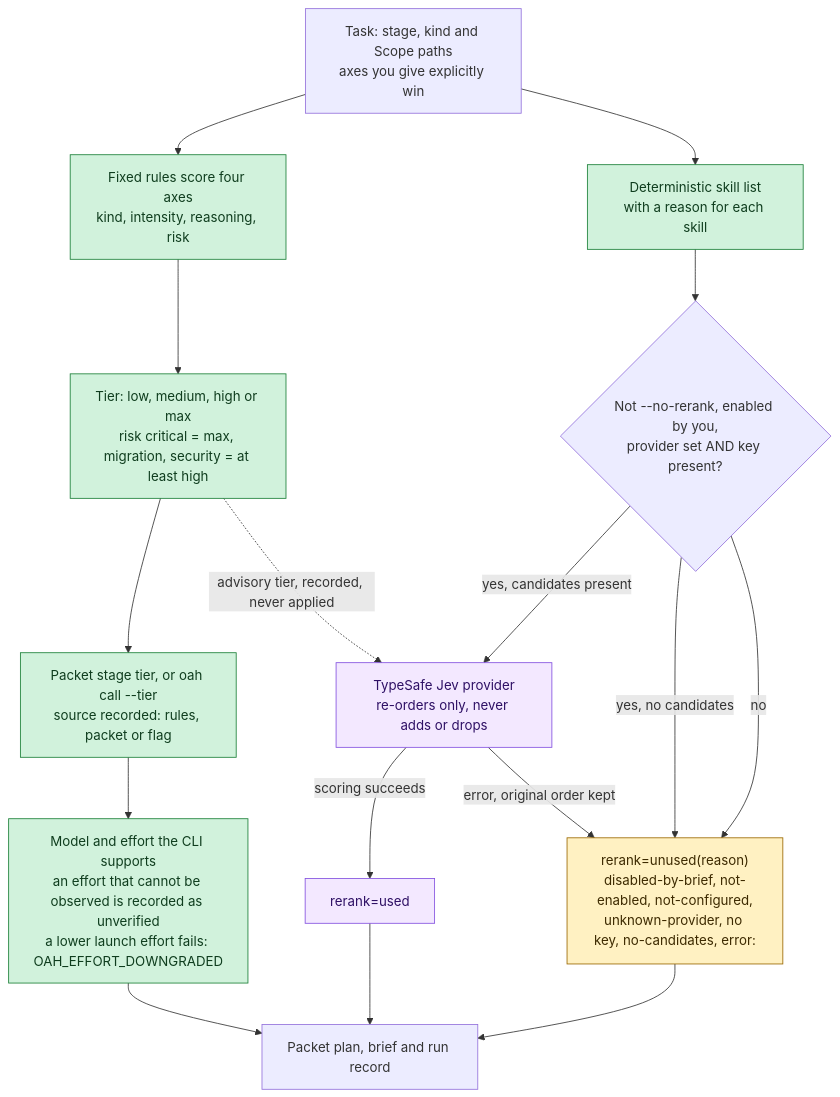
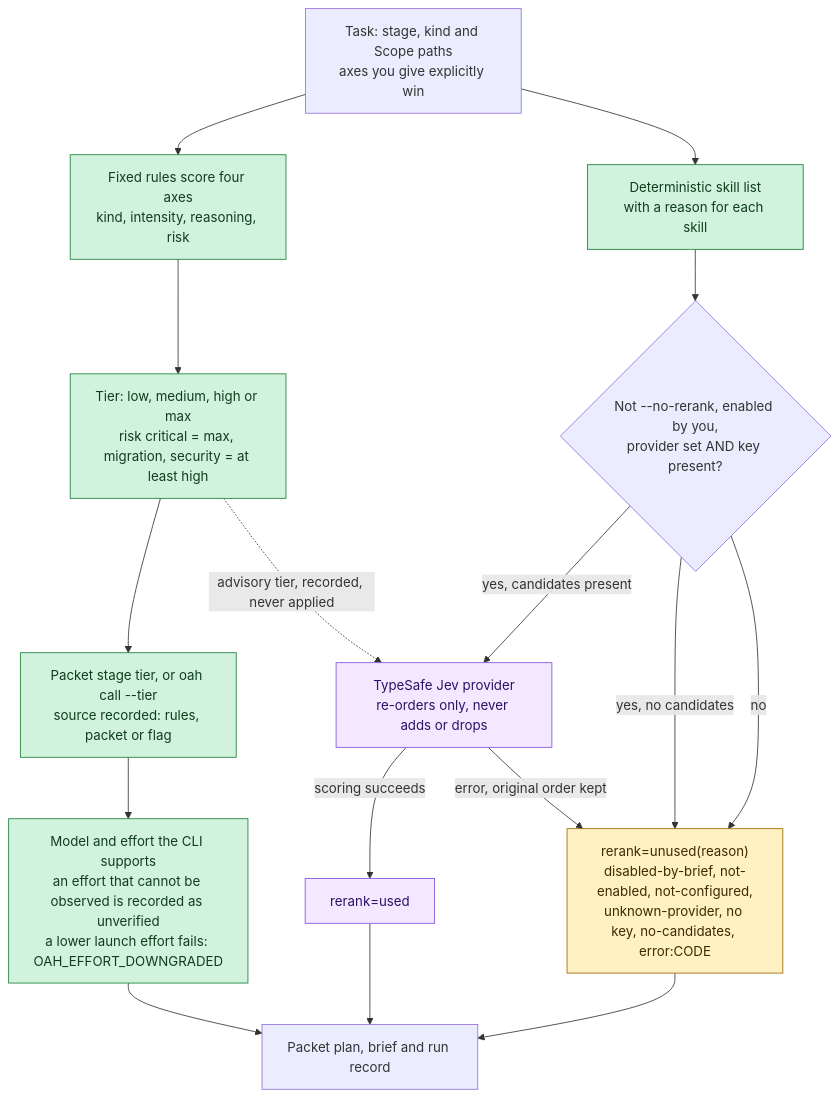
The third of 6 diagrams in docs/concepts.md (KenSuh/open-agent-harness), drawn with Mermaid before and after one commit. The commit also changed 1 other file, not shown here.

Commit message:
docs: show the re-ranker error placeholder literally (review R2)
Agent-Engine: codex

````diff
--- a/docs/concepts.md
+++ b/docs/concepts.md
@@ -158,33 +158,33 @@
 ```mermaid
 flowchart TD
     task["Task: stage, kind and Scope paths<br/>axes you give explicitly win"]
     score["Fixed rules score four axes<br/>kind, intensity, reasoning, risk"]
     tier["Tier: low, medium, high or max<br/>risk critical = max, migration, security = at least high"]
     pick["Packet stage tier, or oah call --tier<br/>source recorded: rules, packet or flag"]
     model["Model and effort the CLI supports<br/>an effort that cannot be observed is recorded as unverified<br/>a lower launch effort fails: OAH_EFFORT_DOWNGRADED"]
     skills["Deterministic skill list<br/>with a reason for each skill"]
     ask{"Not --no-rerank, enabled by you,<br/>provider set AND key present?"}
     jev["TypeSafe Jev provider<br/>re-orders only, never adds or drops"]
     used["rerank=used"]
-    unused["rerank=unused(reason)<br/>disabled-by-brief, not-enabled, not-configured,<br/>unknown-provider, no key, no-candidates, error:<code>"]
+    unused["rerank=unused(reason)<br/>disabled-by-brief, not-enabled, not-configured,<br/>unknown-provider, no key, no-candidates, error:CODE"]
     brief["Packet plan, brief and run record"]
 
     task --> score --> tier --> pick --> model --> brief
     task --> skills
     skills --> ask
     ask -->|"yes, candidates present"| jev
     ask -->|"yes, no candidates"| unused
     ask -->|"no"| unused
     jev -->|"scoring succeeds"| used
     jev -->|"error, original order kept"| unused
     used --> brief
     unused --> brief
     tier -.->|"advisory tier, recorded, never applied"| jev
 
     classDef rule fill:#d1f2dc,stroke:#1a7f37,color:#0f3d1e
     classDef ai fill:#f3e8ff,stroke:#8250df,color:#2e1065
     classDef note fill:#fff1c2,stroke:#9a6700,color:#3d2a00
     class score,tier,pick,model,skills rule
     class jev,used ai
     class unused note
 ```
````
